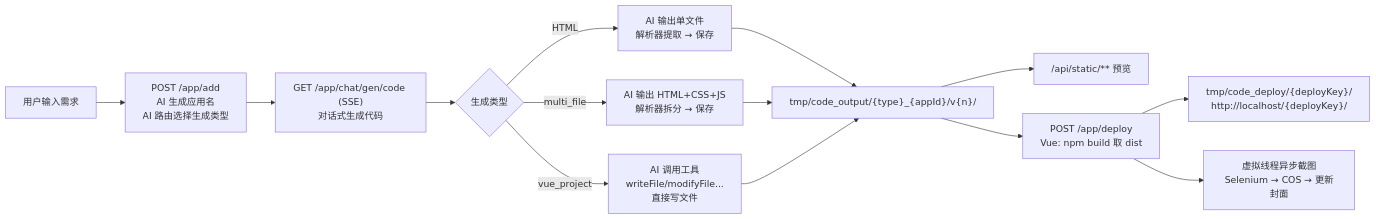
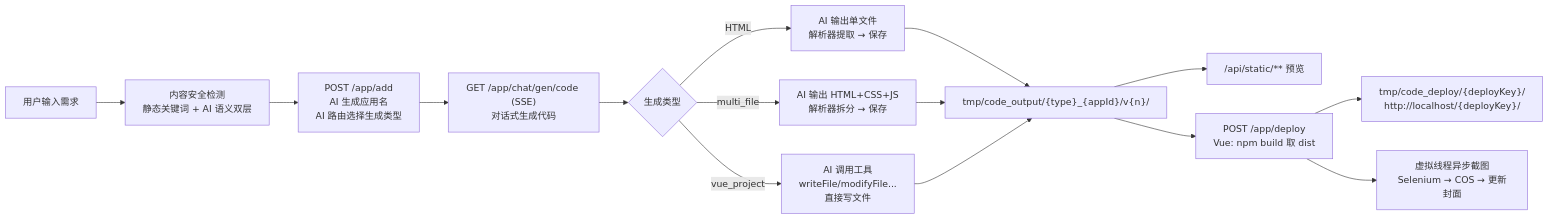
One commit to chenzhe0279/ag-ai-code-mother changed the first of 3 diagrams in README.md. Above: the diagram before and after it, drawn with Mermaid. The commit also changed other lines of this file, not shown here.

````diff
--- a/README.md
+++ b/README.md
@@ -15,14 +15,15 @@
 ```mermaid
 flowchart LR
-    A["用户输入需求"] --> B["POST /app/add<br/>AI 生成应用名<br/>AI 路由选择生成类型"]
+    A["用户输入需求"] --> S["内容安全检测<br/>静态关键词 + AI 语义双层"]
+    S --> B["POST /app/add<br/>AI 生成应用名<br/>AI 路由选择生成类型"]
     B --> C["GET /app/chat/gen/code (SSE)<br/>对话式生成代码"]
     C --> D{"生成类型"}
     D -->|HTML| E["AI 输出单文件<br/>解析器提取 → 保存"]
     D -->|multi_file| F["AI 输出 HTML+CSS+JS<br/>解析器拆分 → 保存"]
     D -->|vue_project| G["AI 调用工具<br/>writeFile/modifyFile...<br/>直接写文件"]
     E & F & G --> H["tmp/code_output/{type}_{appId}/v{n}/"]
     H --> I["/api/static/** 预览"]
     H --> J["POST /app/deploy<br/>Vue: npm build 取 dist"]
     J --> K["tmp/code_deploy/{deployKey}/<br/>http://localhost/{deployKey}/"]
     J --> L["虚拟线程异步截图<br/>Selenium → COS → 更新封面"]
 ```
````
